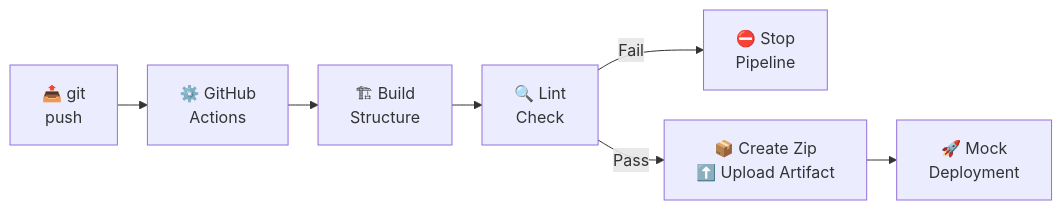
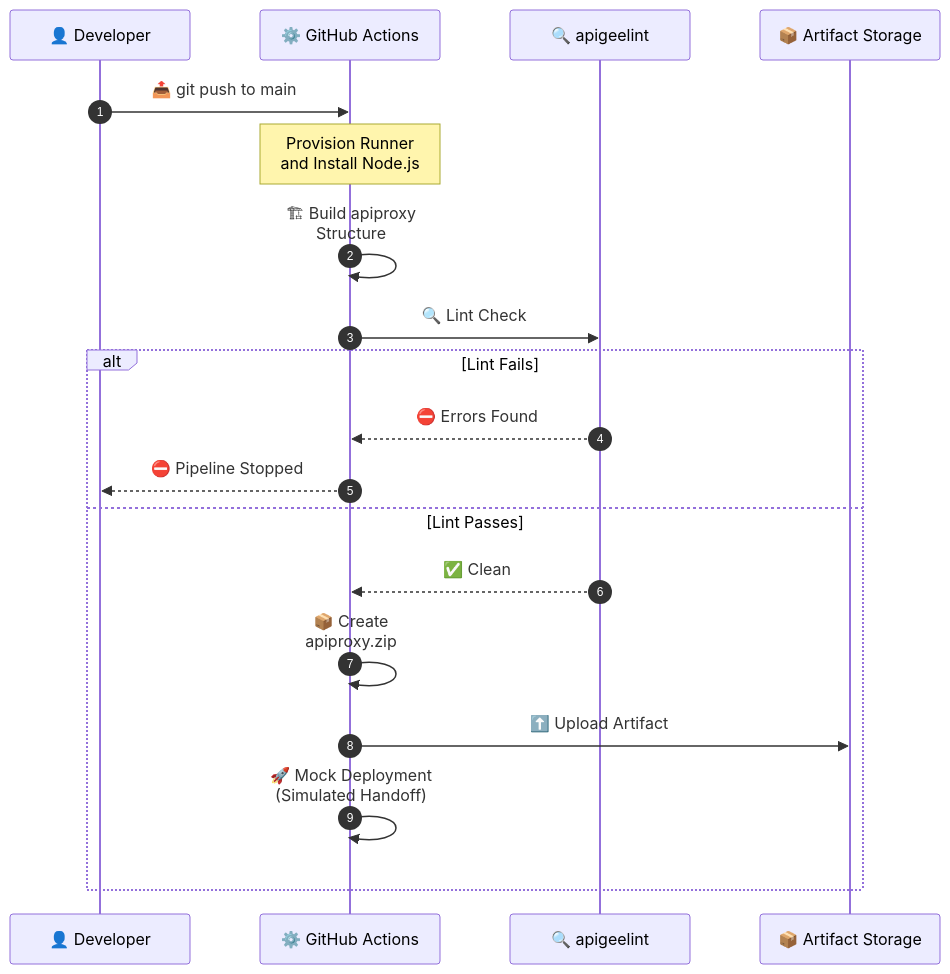
One commit to SunnyJayaRaju/Apigee-Lab changed the fourth of 5 diagrams in README.md. Above: the diagram before and after it, drawn with Mermaid. The commit also changed other lines of this file, not shown here.

Commit message:
Use the same diagram style in every project and tidy wording

````diff
--- a/README.md
+++ b/README.md
@@ -435,11 +433,23 @@
 ```mermaid
-%%{init: {"flowchart": {"nodeSpacing": 30, "rankSpacing": 30, "padding": 16}}}%%
-graph LR
-    Push[📤 git<br/>push] --> GitHub[⚙️ GitHub<br/>Actions]
-    GitHub --> Build[🏗 Build<br/>Structure]
-    Build --> Lint[🔍 Lint<br/>Check]
+%%{init: {"sequence": {"messageMargin": 55, "boxMargin": 12, "actorMargin": 70, "width": 180, "height": 50}}}%%
+sequenceDiagram
+    autonumber
+    participant Dev as 👤 Developer
+    participant GH as ⚙️ GitHub Actions
+    participant Lint as 🔍 apigeelint
+    participant Store as 📦 Artifact Storage
 
-    Lint -- Fail --> Stop[⛔️ Stop<br/>Pipeline]
-    Lint -- Pass --> Zip[📦 Create Zip<br/>⬆️ Upload Artifact]
-    Zip --> Deploy[🚀 Mock<br/>Deployment]
+    Dev->>GH: 📤 git push to main
+    Note over GH: Provision Runner<br/>and Install Node.js
+    GH->>GH: 🏗 Build apiproxy<br/>Structure
+    GH->>Lint: 🔍 Lint Check
+    alt Lint Fails
+        Lint-->>GH: ⛔️ Errors Found
+        GH-->>Dev: ⛔️ Pipeline Stopped
+    else Lint Passes
+        Lint-->>GH: ✅ Clean
+        GH->>GH: 📦 Create<br/>apiproxy.zip
+        GH->>Store: ⬆️ Upload Artifact
+        GH->>GH: 🚀 Mock Deployment<br/>(Simulated Handoff)
+    end
 ```
````
